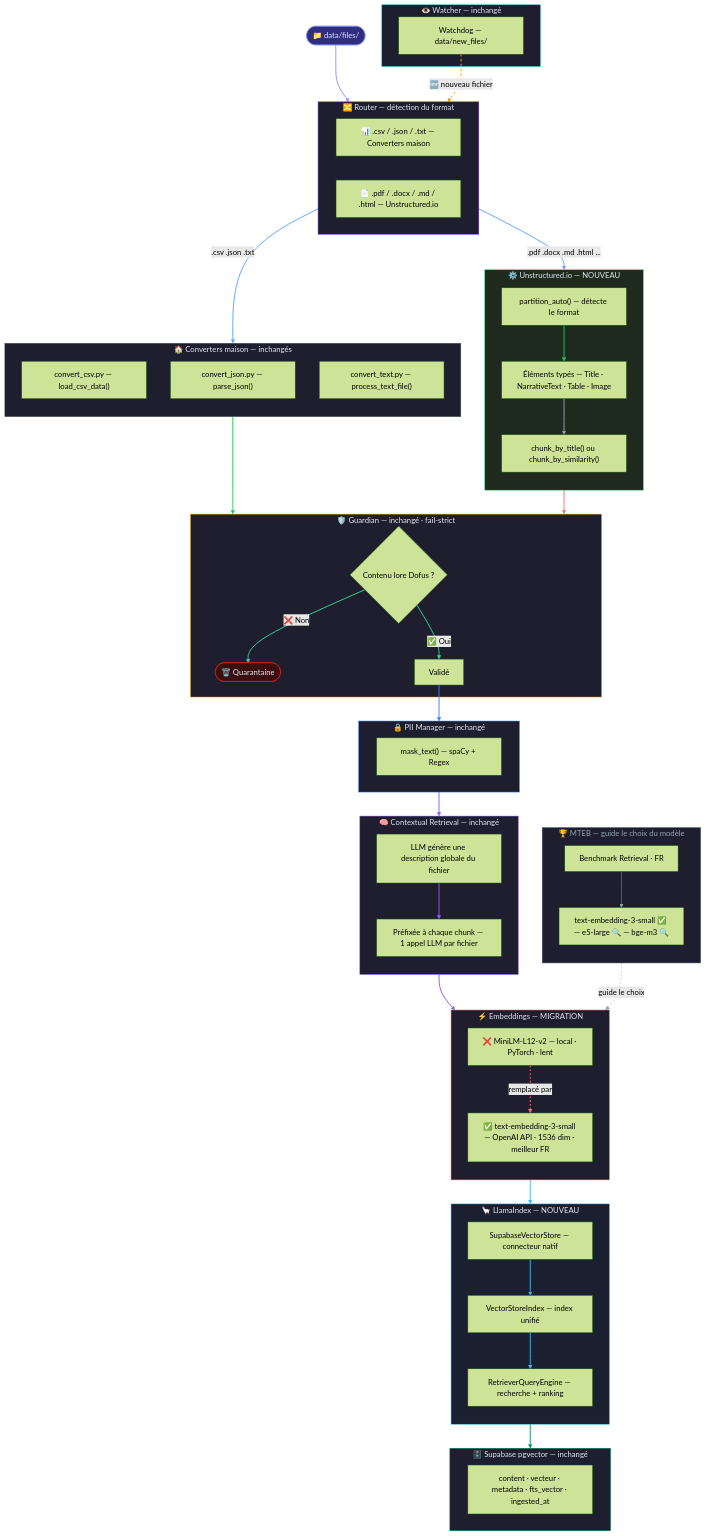
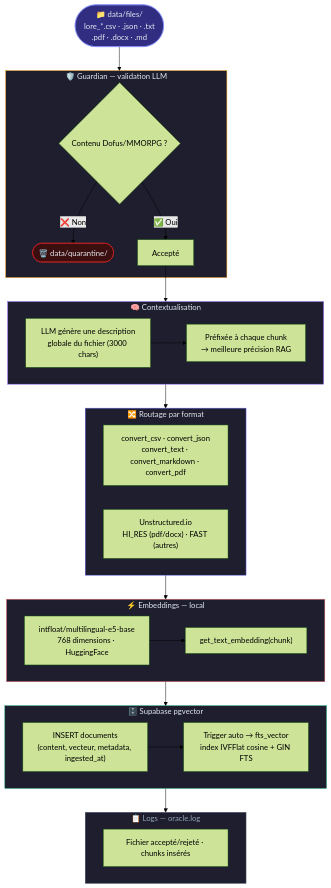
Before and after one commit to dlz-dev/HELMo-ORACLE: the second of 5 diagrams in docs/workflow.md, drawn with Mermaid (forest theme). The commit also changed other lines of this file and 1 other file, not shown here.

Commit message:
feat: update workflow documentation and enhance .gitignore for logs and environment files

````diff
--- a/docs/workflow.md
+++ b/docs/workflow.md
@@ -5,128 +44,57 @@
 ```mermaid
 flowchart TD
-    INPUT([📁 data/files/]) --> ROUTE
+    INPUT([📁 data/files/\nlore_*.csv · .json · .txt\n.pdf · .docx · .md]) --> GUARD
 
-    subgraph ROUTE ["🔀 Router — détection du format"]
-        direction LR
-        R1["📊 .csv / .json / .txt — Converters maison"]
-        R2["📄 .pdf / .docx / .md / .html — Unstructured.io"]
+    subgraph GUARD ["🛡️ Guardian — validation LLM"]
+        G1{"Contenu Dofus/MMORPG ?"}
+        G1 -->|"❌ Non"| G2(["🗑️ data/quarantine/"])
+        G1 -->|"✅ Oui"| G3["Accepté"]
     end
 
-    ROUTE -->|".csv .json .txt"| MAISON
-    ROUTE -->|".pdf .docx .md .html ..."| UNSTRUCT
+    G3 --> CTX
 
-    subgraph MAISON ["🏠 Converters maison — inchangés"]
-        direction TB
-        M1["convert_csv.py — load_csv_data()"]
-        M2["convert_json.py — parse_json()"]
-        M3["convert_text.py — process_text_file()"]
-    end
-
-    subgraph UNSTRUCT ["⚙️ Unstructured.io — NOUVEAU"]
-        direction TB
-        U1["partition_auto() — détecte le format"]
-        U2["Éléments typés — Title · NarrativeText · Table · Image"]
-        U3["chunk_by_title() ou chunk_by_similarity()"]
-        U1 --> U2 --> U3
-    end
-
-    MAISON --> GUARD
-    UNSTRUCT --> GUARD
-
-    subgraph GUARD ["🛡️ Guardian — inchangé · fail-strict"]
-        G1{"Contenu lore Dofus ?"}
-        G1 -->|"❌ Non"| G2(["🗑️ Quarantaine"])
-        G1 -->|"✅ Oui"| G3["Validé"]
-    end
-
-    G3 --> PII
-
-    subgraph PII ["🔒 PII Manager — inchangé"]
-        P1["mask_text() — spaCy + Regex"]
-    end
-
-    PII --> CTX
-
-    subgraph CTX ["🧠 Contextual Retrieval — inchangé"]
-        direction TB
-        C1["LLM génère une description globale du fichier"]
-        C2["Préfixée à chaque chunk — 1 appel LLM par fichier"]
+    subgraph CTX ["🧠 Contextualisation"]
+        C1["LLM génère une description\nglobale du fichier (3000 chars)"]
+        C2["Préfixée à chaque chunk\n→ meilleure précision RAG"]
         C1 --> C2
     end
 
-    CTX --> EMBED
+    CTX --> ROUTE
 
-    subgraph EMBED ["⚡ Embeddings — MIGRATION"]
-        direction TB
-        E_OLD["❌ MiniLM-L12-v2 — local · PyTorch · lent"]
-        E_NEW["✅ text-embedding-3-small — OpenAI API · 1536 dim · meilleur FR"]
-        E_OLD -. "remplacé par" .-> E_NEW
+    subgraph ROUTE ["🔀 Routage par format"]
+        direction LR
+        R1["convert_csv · convert_json\nconvert_text · convert_markdown · convert_pdf"]
+        R2["Unstructured.io\nHI_RES (pdf/docx) · FAST (autres)"]
     end
 
-    EMBED --> LLAMA
+    ROUTE --> EMBED
 
-    subgraph LLAMA ["🦙 LlamaIndex — NOUVEAU"]
-        direction TB
-        L1["SupabaseVectorStore — connecteur natif"]
-        L2["VectorStoreIndex — index unifié"]
-        L3["RetrieverQueryEngine — recherche + ranking"]
-        L1 --> L2 --> L3
+    subgraph EMBED ["⚡ Embeddings — local"]
+        E1["intfloat/multilingual-e5-base\n768 dimensions · HuggingFace"]
+        E2["get_text_embedding(chunk)"]
+        E1 --> E2
     end
 
-    LLAMA --> DB
+    EMBED --> DB
 
-    subgraph DB ["🗄️ Supabase pgvector — inchangé"]
-        D1["content · vecteur · metadata · fts_vector · ingested_at"]
+    subgraph DB ["🗄️ Supabase pgvector"]
+        D1["INSERT documents\n(content, vecteur, metadata, ingested_at)"]
+        D2["Trigger auto → fts_vector\nindex IVFFlat cosine + GIN FTS"]
+        D1 --> D2
     end
 
-    subgraph MTEB ["🏆 MTEB — guide le choix du modèle"]
-        direction TB
-        MT1["Benchmark Retrieval · FR"]
-        MT2["text-embedding-3-small ✅ — e5-large 🔍 — bge-m3 🔍"]
-        MT1 --> MT2
+    subgraph LOG ["📋 Logs — oracle.log"]
+        L1["Fichier accepté/rejeté · chunks insérés"]
     end
 
-    MTEB -.->|"guide le choix"| EMBED
+    DB --> LOG
 
-    subgraph WATCHER ["👁️ Watcher — inchangé"]
-        W1["Watchdog — data/new_files/"]
-    end
-
-    W1 -->|"🆕 nouveau fichier"| ROUTE
-
-    linkStyle 0  stroke:#a78bfa,stroke-width:2px
-    linkStyle 1  stroke:#60a5fa,stroke-width:2px
-    linkStyle 2  stroke:#60a5fa,stroke-width:2px
-    linkStyle 3  stroke:#22c55e,stroke-width:2px
-    linkStyle 4  stroke:#94a3b8,stroke-width:2px
-    linkStyle 5  stroke:#22c55e,stroke-width:2px
-    linkStyle 6  stroke:#f87171,stroke-width:2px
-    linkStyle 7  stroke:#34d399,stroke-width:2px
-    linkStyle 8  stroke:#34d399,stroke-width:2px
-    linkStyle 9  stroke:#3b82f6,stroke-width:2px
-    linkStyle 10 stroke:#8b5cf6,stroke-width:2px
-    linkStyle 11 stroke:#8b5cf6,stroke-width:2px
-    linkStyle 12 stroke:#8b5cf6,stroke-width:2px
-    linkStyle 13 stroke:#f87171,stroke-width:2px,stroke-dasharray:4
-    linkStyle 14 stroke:#38bdf8,stroke-width:2px
-    linkStyle 15 stroke:#38bdf8,stroke-width:2px
-    linkStyle 16 stroke:#38bdf8,stroke-width:2px
-    linkStyle 17 stroke:#059669,stroke-width:2px
-    linkStyle 18 stroke:#94a3b8,stroke-width:1px
-    linkStyle 19 stroke:#94a3b8,stroke-width:1px,stroke-dasharray:4
-    linkStyle 20 stroke:#f59e0b,stroke-width:2px,stroke-dasharray:5
-
-    style ROUTE    fill:#1e1e2e,stroke:#7c3aed,color:#e2e8f0
-    style MAISON   fill:#1e1e2e,stroke:#475569,color:#e2e8f0
-    style UNSTRUCT fill:#1e2a1e,stroke:#22c55e,color:#e2e8f0
-    style GUARD    fill:#1e1e2e,stroke:#f59e0b,color:#e2e8f0
-    style PII      fill:#1e1e2e,stroke:#3b82f6,color:#e2e8f0
-    style CTX      fill:#1e1e2e,stroke:#8b5cf6,color:#e2e8f0
-    style EMBED    fill:#1e1e2e,stroke:#f87171,color:#e2e8f0
-    style LLAMA    fill:#1a2030,stroke:#38bdf8,color:#e2e8f0
-    style DB       fill:#1e1e2e,stroke:#059669,color:#e2e8f0
-    style MTEB     fill:#1e1e2e,stroke:#475569,color:#94a3b8
-    style WATCHER  fill:#1e1e2e,stroke:#0891b2,color:#e2e8f0
-    style INPUT    fill:#312e81,stroke:#818cf8,color:#e2e8f0
-    style G2       fill:#3b0f0f,stroke:#dc2626,color:#e2e8f0
+    style GUARD  fill:#1e1e2e,stroke:#f59e0b,color:#e2e8f0
+    style CTX    fill:#1e1e2e,stroke:#8b5cf6,color:#e2e8f0
+    style ROUTE  fill:#1e1e2e,stroke:#6366f1,color:#e2e8f0
+    style EMBED  fill:#1e1e2e,stroke:#f87171,color:#e2e8f0
+    style DB     fill:#1e1e2e,stroke:#059669,color:#e2e8f0
+    style LOG    fill:#1e1e2e,stroke:#475569,color:#94a3b8
+    style INPUT  fill:#312e81,stroke:#818cf8,color:#e2e8f0
+    style G2     fill:#3b0f0f,stroke:#dc2626,color:#e2e8f0
 ```
````
